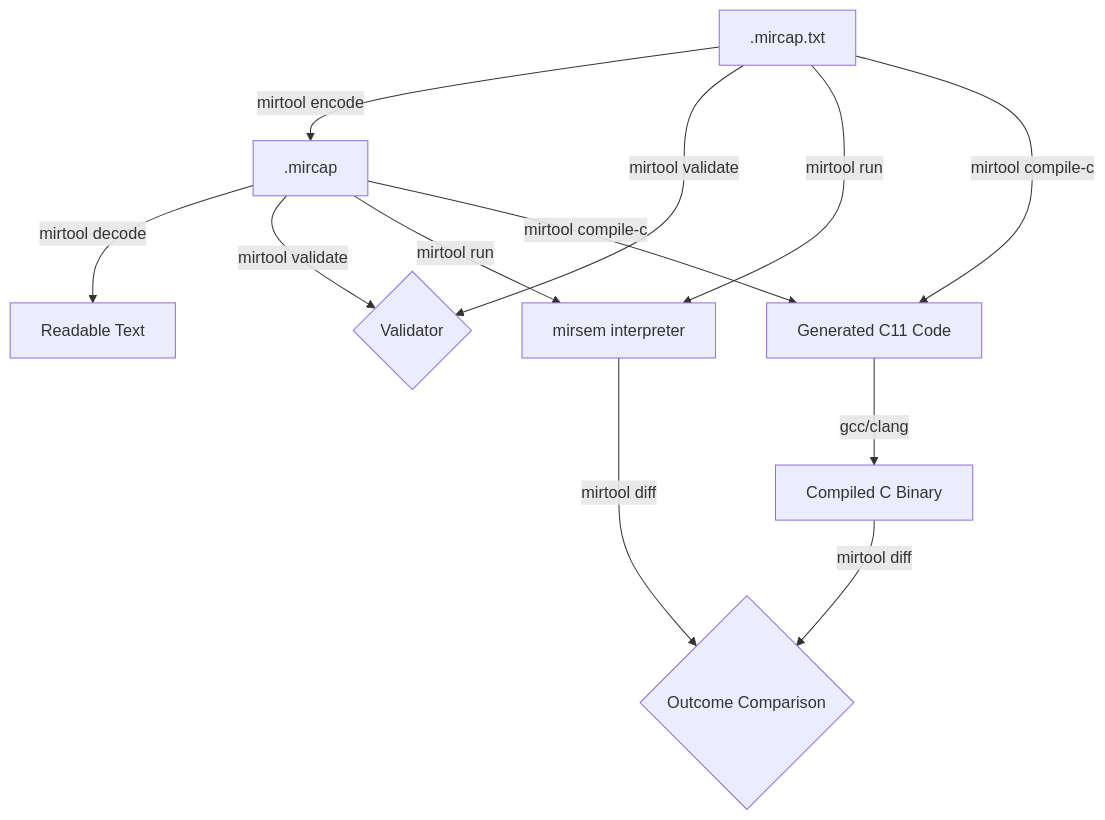
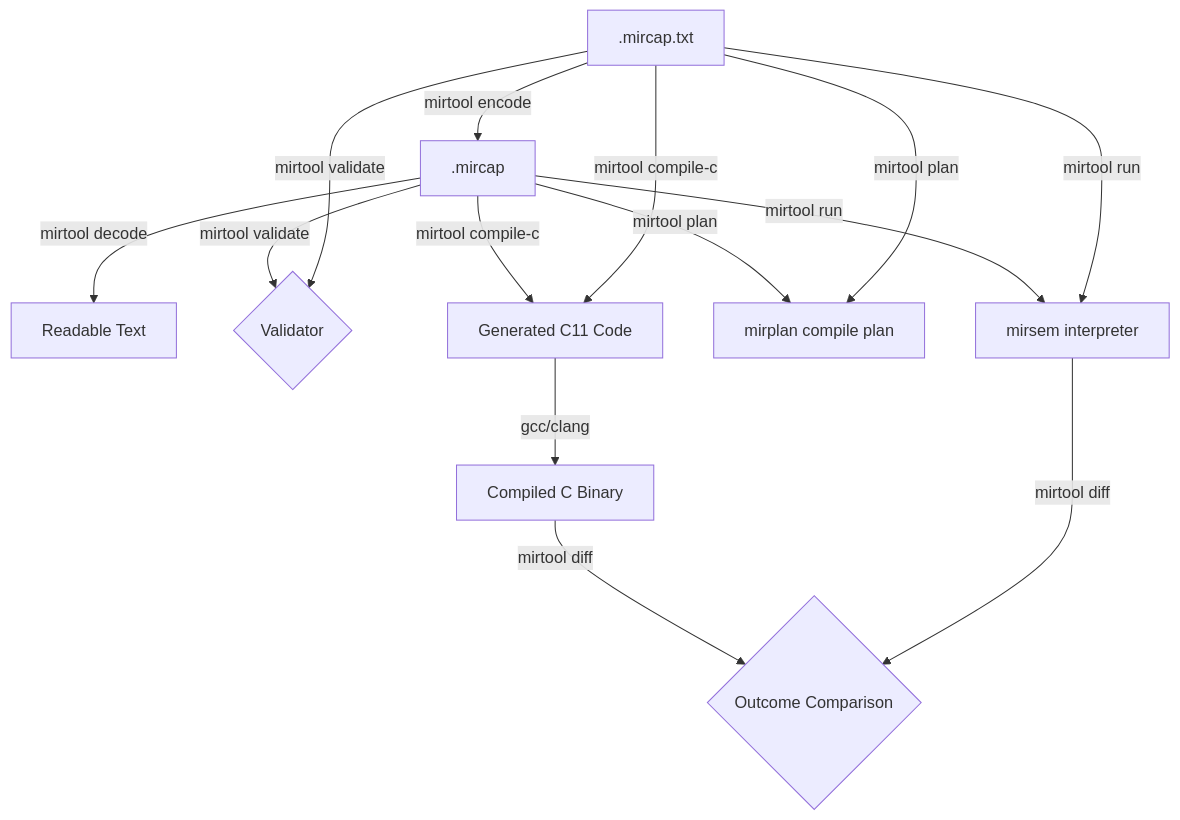
One commit to cyrilmhansen/mir-retrodoc changed the diagram in experiment/mirtool/README.md. Above: the diagram before and after it, drawn with Mermaid. The commit also changed other lines of this file and 7 other files, not shown here.

Commit message:
Add mirtool plan command

````diff
--- a/experiment/mirtool/README.md
+++ b/experiment/mirtool/README.md
@@ -15,18 +16,21 @@
 ```mermaid
 graph TD
     TextFile[.mircap.txt] -->|mirtool encode| BinaryFile[.mircap]
     BinaryFile -->|mirtool decode| TextOutput[Readable Text]
     
     TextFile -->|mirtool validate| ValidateCheck{Validator}
     BinaryFile -->|mirtool validate| ValidateCheck
     
     TextFile -->|mirtool run| Interpreter[mirsem interpreter]
     BinaryFile -->|mirtool run| Interpreter
+
+    TextFile -->|mirtool plan| Plan[mirplan compile plan]
+    BinaryFile -->|mirtool plan| Plan
     
     TextFile -->|mirtool compile-c| TranspiledC[Generated C11 Code]
     BinaryFile -->|mirtool compile-c| TranspiledC
     
     TranspiledC -->|gcc/clang| Executable[Compiled C Binary]
     Interpreter -->|mirtool diff| DiffCheck{Outcome Comparison}
     Executable -->|mirtool diff| DiffCheck
 ```
````
